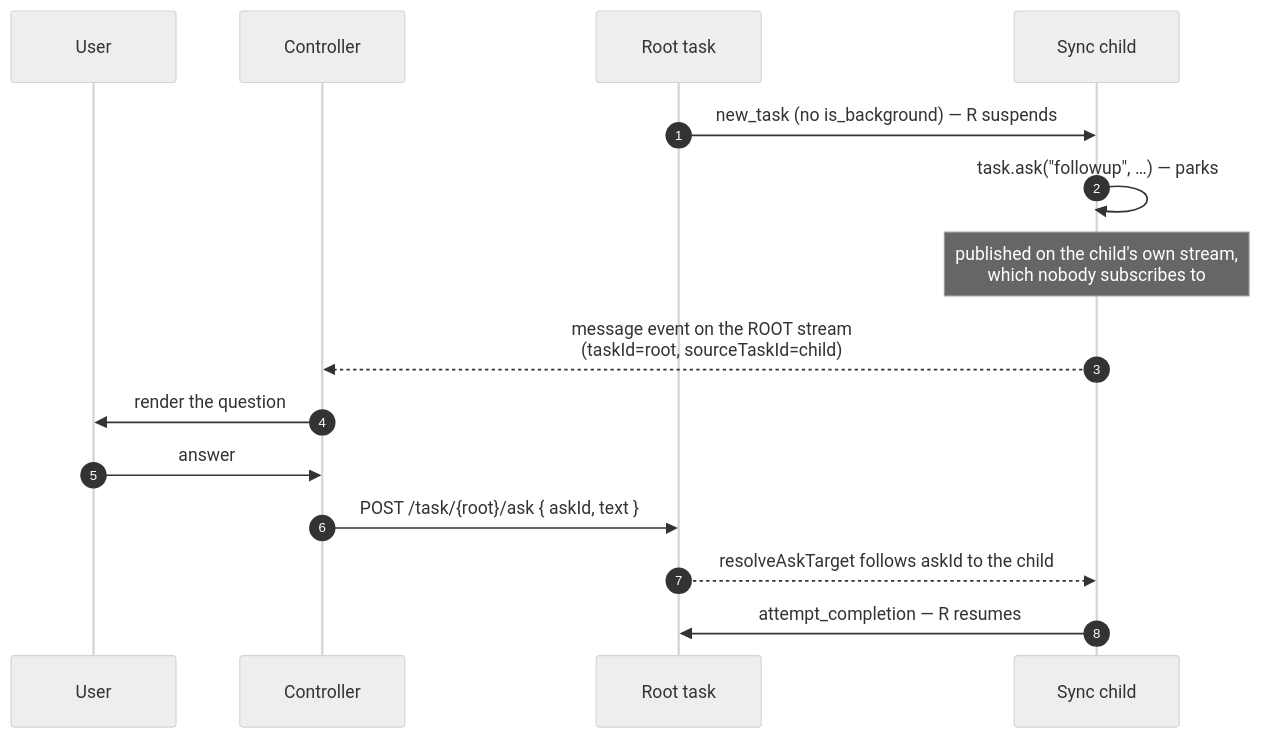
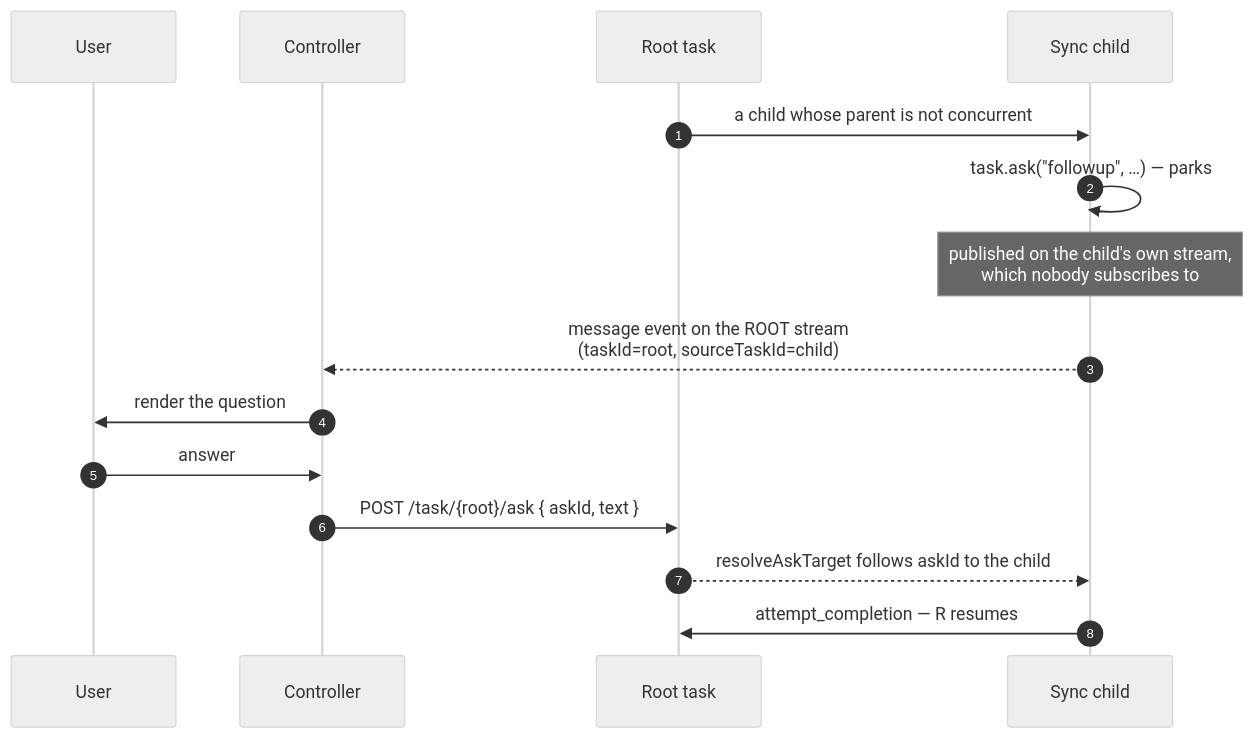
Before and after one commit to shofer-dev/shofer: the fifth of 5 diagrams in docs/parallelism.md, drawn with Mermaid (neutral theme). The commit also changed other lines of this file and 80 other files, not shown here.

First line of the commit message:
feat(core)!: new_task is concurrent-only; parent/child results and questions ride the mailbox; A2A over the mailbox transport

````diff
--- a/docs/parallelism.md
+++ b/docs/parallelism.md
@@ -456,18 +453,18 @@
 ```mermaid
 sequenceDiagram
     autonumber
     participant U as User
     participant C as Controller
     participant R as Root task
     participant S as Sync child
 
-    R->>S: new_task (no is_background) — R suspends
+    R->>S: a child whose parent is not concurrent
     S->>S: task.ask("followup", …) — parks
     Note over S: published on the child's own stream,<br/>which nobody subscribes to
     S-->>C: message event on the ROOT stream<br/>(taskId=root, sourceTaskId=child)
     C->>U: render the question
     U->>C: answer
     C->>R: POST /task/{root}/ask { askId, text }
     R-->>S: resolveAskTarget follows askId to the child
     S->>R: attempt_completion — R resumes
 ```
````
